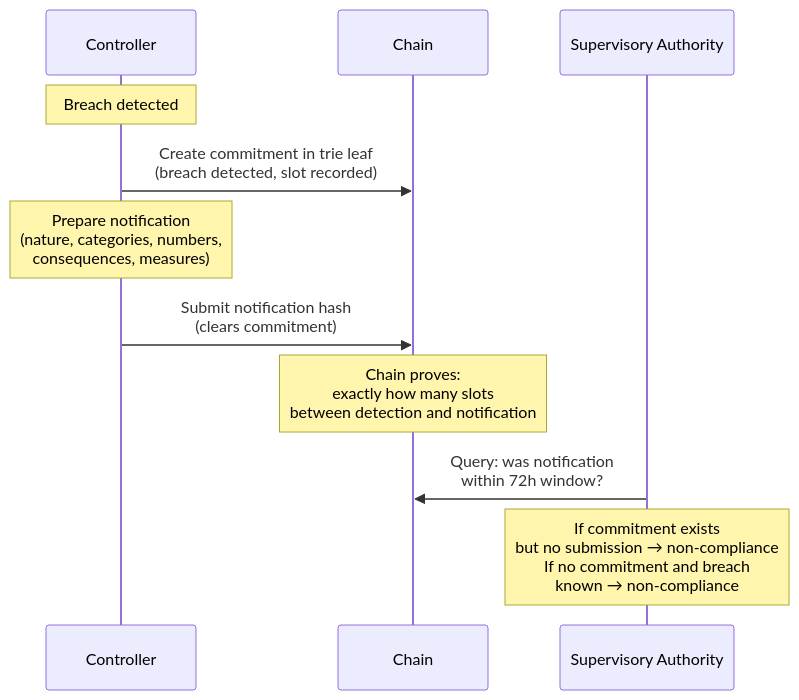
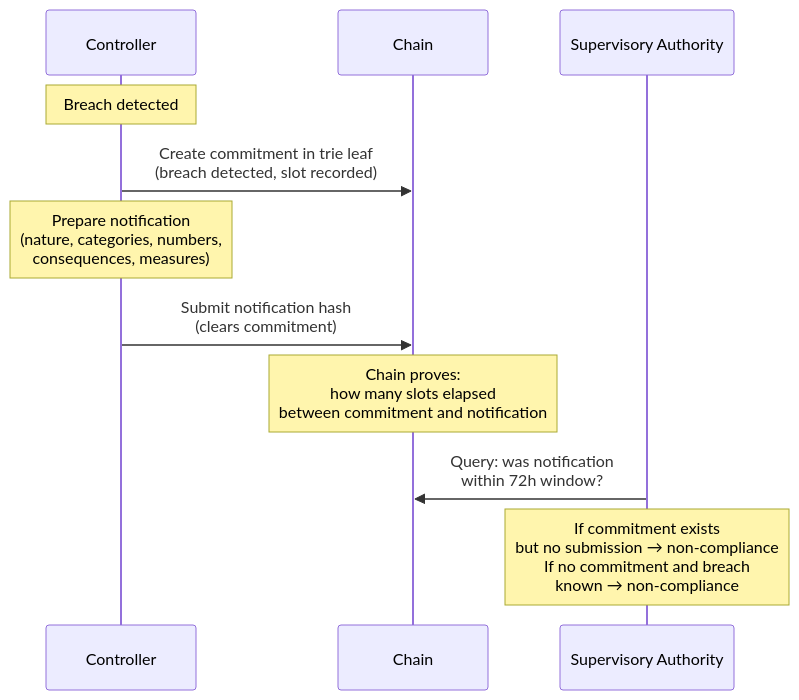
One commit to lambdasistemi/cardano-for-regulators changed the first of 3 diagrams in docs/cases/gdpr.md. Above: the diagram before and after it, drawn with Mermaid. The commit also changed other lines of this file and 14 other files, not shown here.

````diff
--- a/docs/cases/gdpr.md
+++ b/docs/cases/gdpr.md
@@ -123,20 +124,20 @@
 ```mermaid
 sequenceDiagram
     participant C as Controller
     participant CH as Chain
     participant SA as Supervisory Authority
 
     Note over C: Breach detected
 
     C->>CH: Create commitment in trie leaf<br/>(breach detected, slot recorded)
 
     Note over C: Prepare notification<br/>(nature, categories, numbers,<br/>consequences, measures)
 
     C->>CH: Submit notification hash<br/>(clears commitment)
 
-    Note over CH: Chain proves:<br/>exactly how many slots<br/>between detection and notification
+    Note over CH: Chain proves:<br/>how many slots elapsed<br/>between commitment and notification
 
     SA->>CH: Query: was notification<br/>within 72h window?
 
     Note over SA: If commitment exists<br/>but no submission → non-compliance<br/>If no commitment and breach<br/>known → non-compliance
 ```
````
